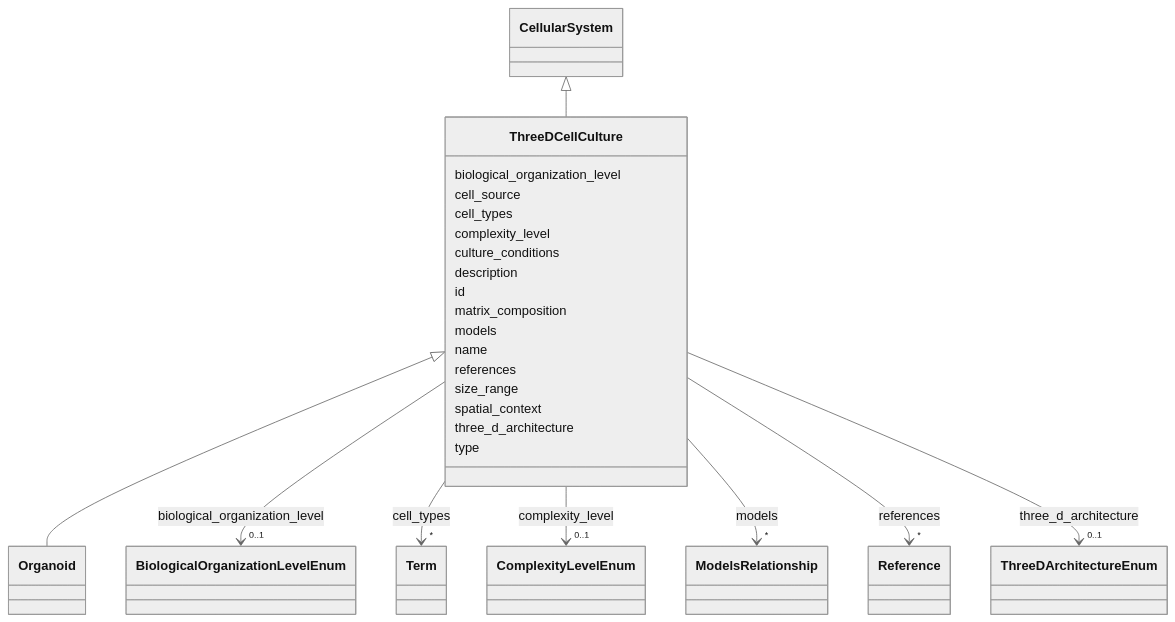
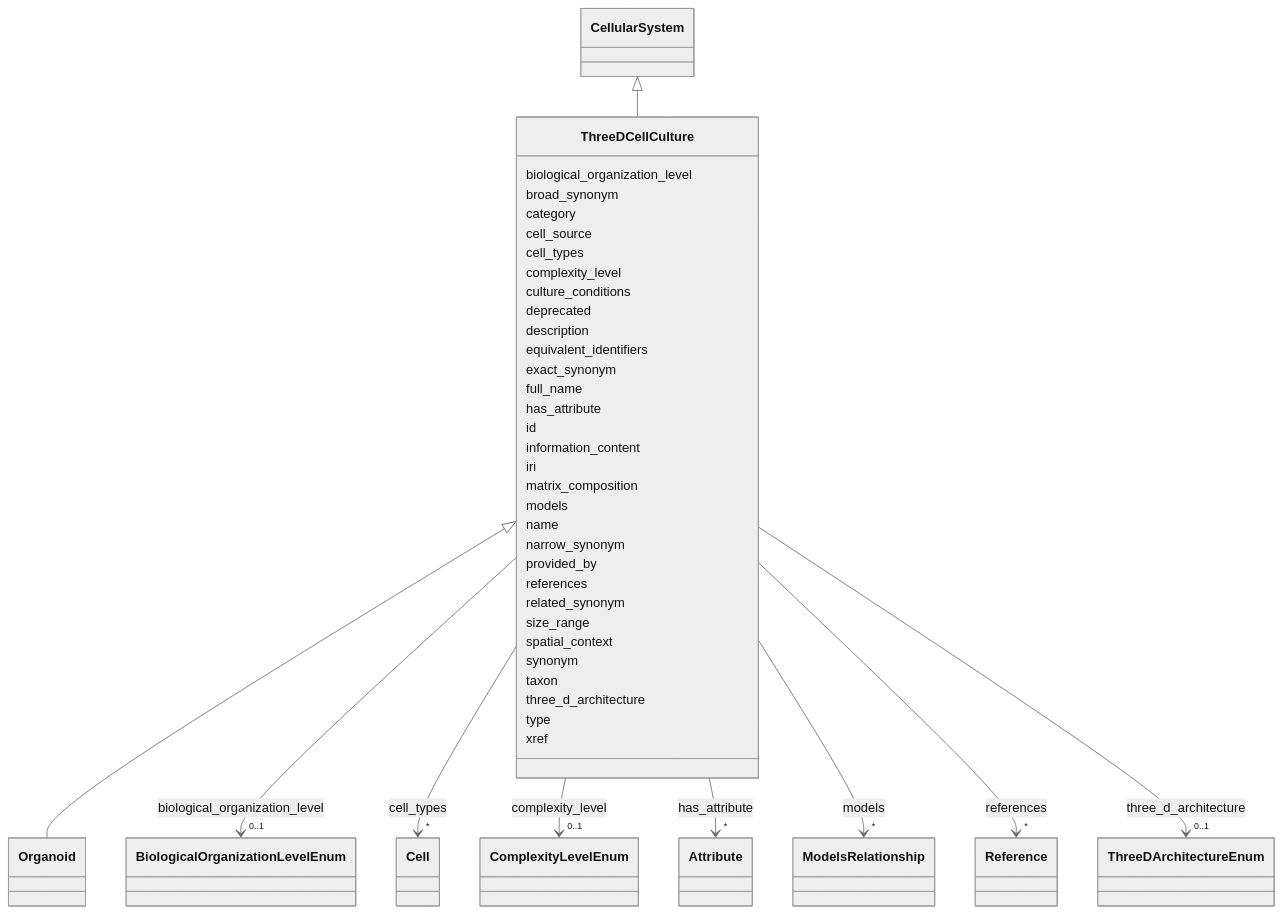
One commit to monarch-initiative/namo changed the diagram in docs/elements/ThreeDCellCulture.md. Above: the diagram before and after it, drawn with Mermaid (neutral theme). The commit also changed other lines of this file and 1232 other files, not shown here.

````diff
--- a/docs/elements/ThreeDCellCulture.md
+++ b/docs/elements/ThreeDCellCulture.md
@@ -38,6 +43,10 @@
     
 
         
+      ThreeDCellCulture : broad_synonym
+        
+      ThreeDCellCulture : category
+        
       ThreeDCellCulture : cell_source
         
       ThreeDCellCulture : cell_types
@@ -46,8 +55,8 @@
     
         
         
-        ThreeDCellCulture --> "*" Term : cell_types
-        click Term href "../Term/"
+        ThreeDCellCulture --> "*" Cell : cell_types
+        click Cell href "../Cell/"
     
 
         
@@ -64,9 +73,32 @@
         
       ThreeDCellCulture : culture_conditions
         
+      ThreeDCellCulture : deprecated
+        
       ThreeDCellCulture : description
         
+      ThreeDCellCulture : equivalent_identifiers
+        
+      ThreeDCellCulture : exact_synonym
+        
+      ThreeDCellCulture : full_name
+        
+      ThreeDCellCulture : has_attribute
+        
+          
+    
+        
+        
+        ThreeDCellCulture --> "*" Attribute : has_attribute
+        click Attribute href "../Attribute/"
+    
+
+        
       ThreeDCellCulture : id
+        
+      ThreeDCellCulture : information_content
+        
+      ThreeDCellCulture : iri
         
       ThreeDCellCulture : matrix_composition
         
@@ -83,6 +115,10 @@
         
       ThreeDCellCulture : name
         
+      ThreeDCellCulture : narrow_synonym
+        
+      ThreeDCellCulture : provided_by
+        
       ThreeDCellCulture : references
         
           
@@ -94,9 +130,15 @@
     
 
         
+      ThreeDCellCulture : related_synonym
+        
       ThreeDCellCulture : size_range
         
       ThreeDCellCulture : spatial_context
+        
+      ThreeDCellCulture : synonym
+        
+      ThreeDCellCulture : taxon
         
       ThreeDCellCulture : three_d_architecture
         
@@ -111,5 +153,7 @@
         
       ThreeDCellCulture : type
         
+      ThreeDCellCulture : xref
+        
       
 ```
````
